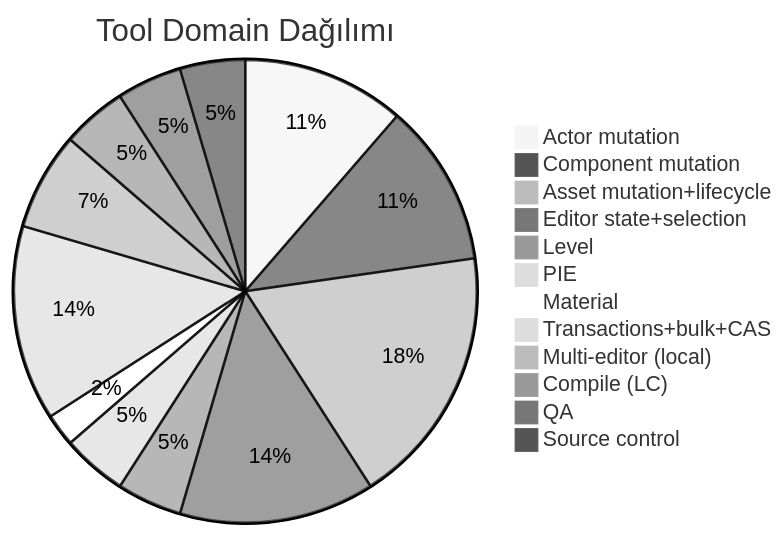
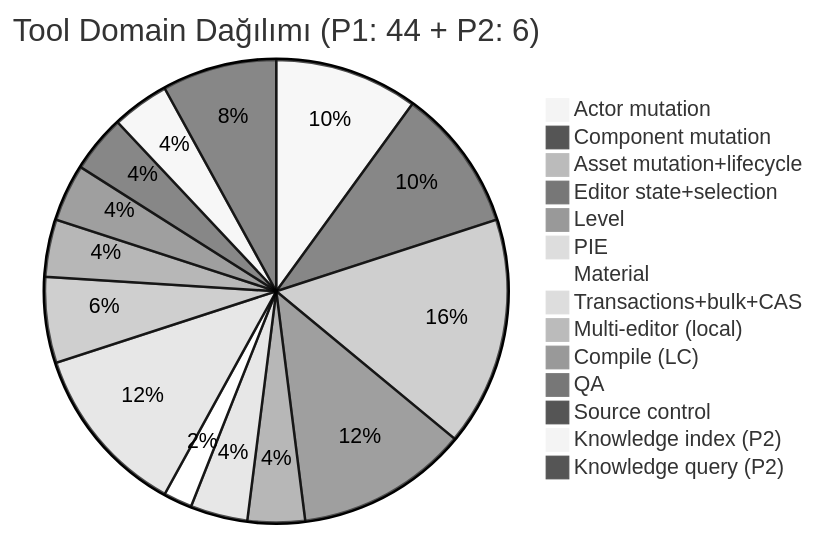
One commit to alemdarlabs/sage-unreal-mcp changed the second of 3 diagrams in .claude/notes/diagram.md. Above: the diagram before and after it, drawn with Mermaid (neutral theme). The commit also changed other lines of this file and 4 other files, not shown here.

````diff
--- a/.claude/notes/diagram.md
+++ b/.claude/notes/diagram.md
@@ -76,15 +85,17 @@
 ```mermaid
-pie title Tool Domain Dağılımı
+pie title Tool Domain Dağılımı (P1: 44 + P2: 6)
   "Actor mutation" : 5
   "Component mutation" : 5
   "Asset mutation+lifecycle" : 8
   "Editor state+selection" : 6
   "Level" : 2
   "PIE" : 2
   "Material" : 1
   "Transactions+bulk+CAS" : 6
   "Multi-editor (local)" : 3
   "Compile (LC)" : 2
   "QA" : 2
   "Source control" : 2
+  "Knowledge index (P2)" : 2
+  "Knowledge query (P2)" : 4
 ```
````
